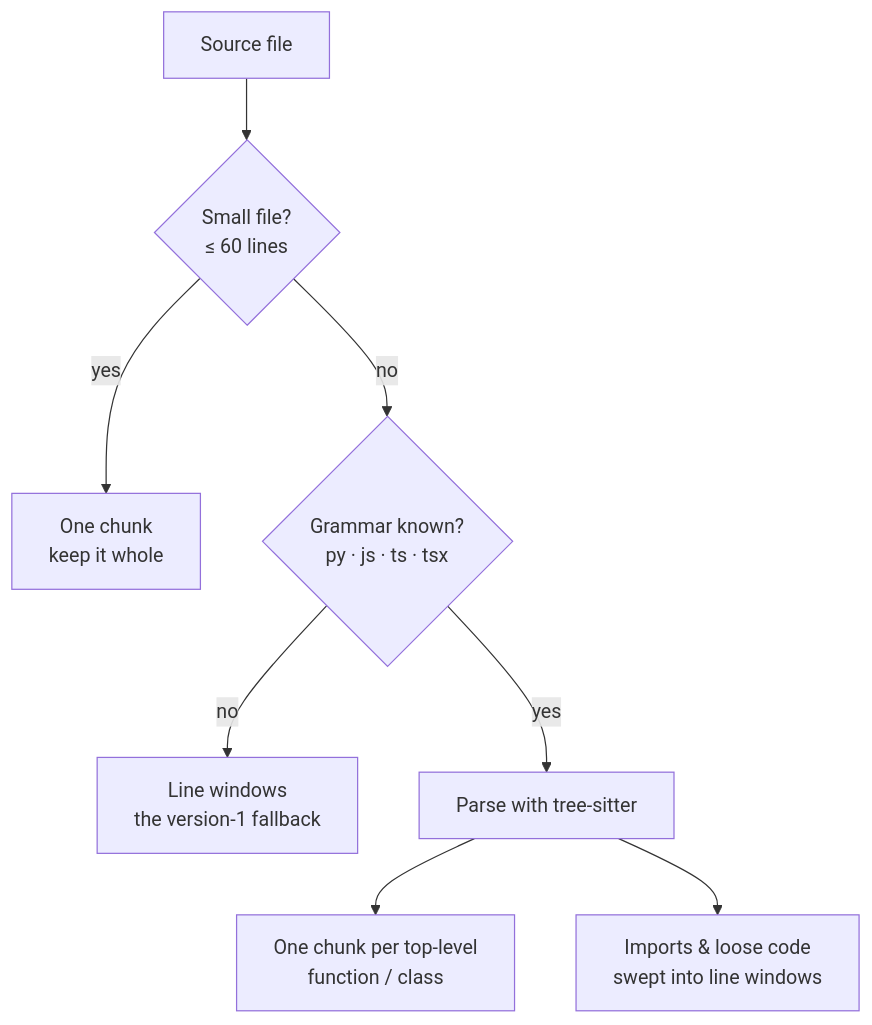
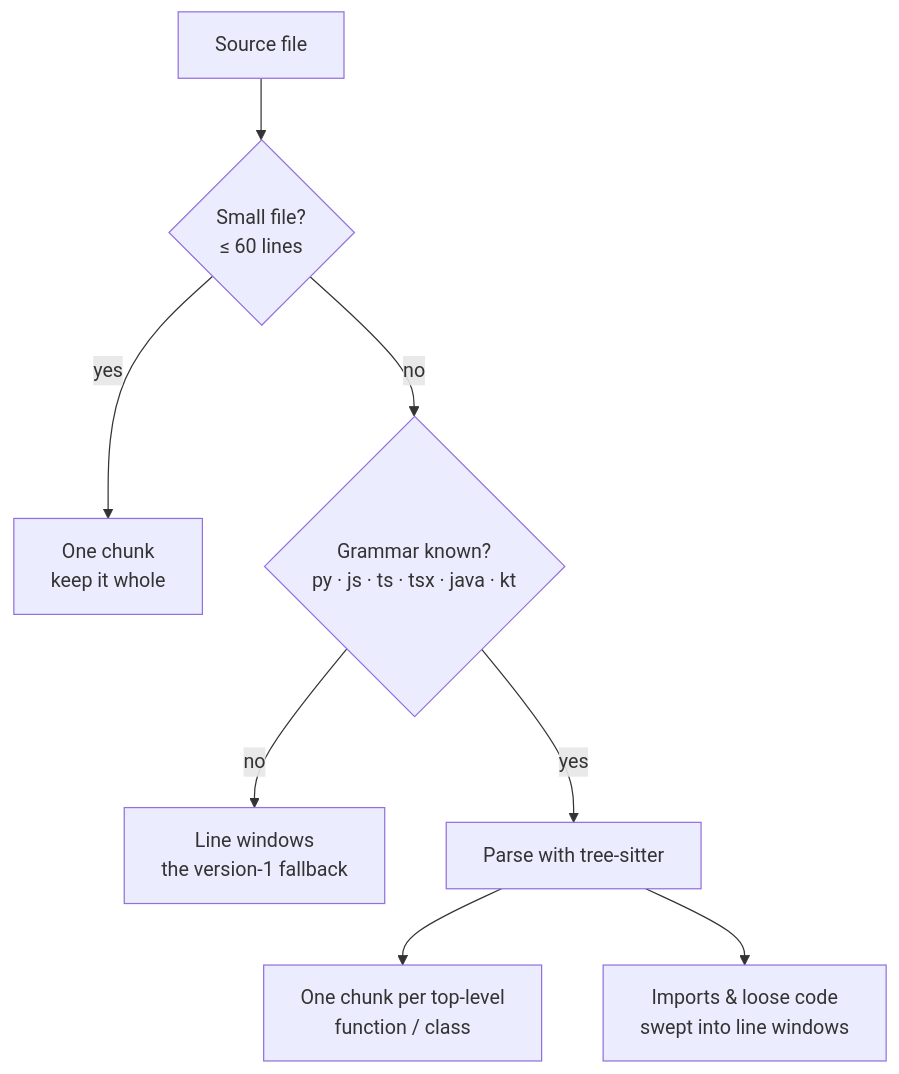
One commit to aayushraj1425/automated-software-engineering-team changed the diagram in docs/architecture/AST_CHUNKING.md. Above: the diagram before and after it, drawn with Mermaid. The commit also changed other lines of this file and 3 other files, not shown here.

````diff
--- a/docs/architecture/AST_CHUNKING.md
+++ b/docs/architecture/AST_CHUNKING.md
@@ -21,10 +21,10 @@
 ```mermaid
 flowchart TD
     F[Source file] --> S{Small file?<br/>≤ 60 lines}
     S -->|yes| W[One chunk<br/>keep it whole]
-    S -->|no| G{Grammar known?<br/>py · js · ts · tsx}
+    S -->|no| G{Grammar known?<br/>py · js · ts · tsx · java · kt}
     G -->|no| L[Line windows<br/>the version-1 fallback]
     G -->|yes| A[Parse with tree-sitter]
     A --> D[One chunk per top-level<br/>function / class]
     A --> P[Imports & loose code<br/>swept into line windows]
 ```
````
